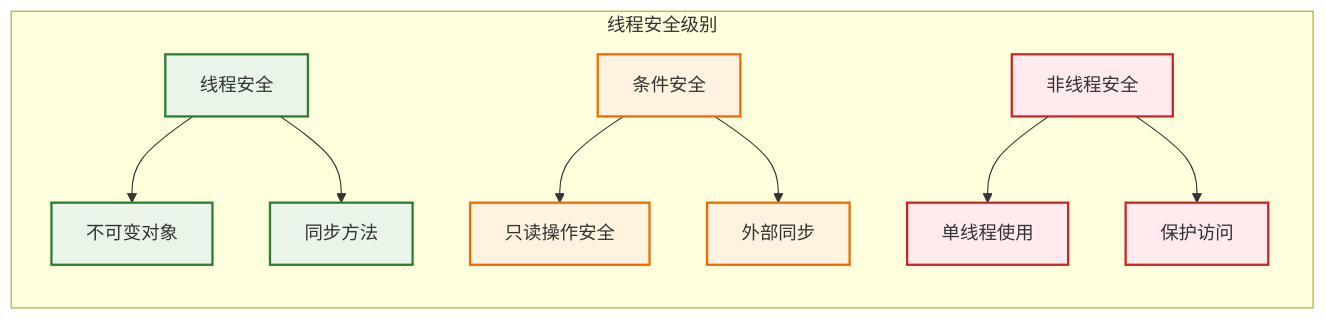
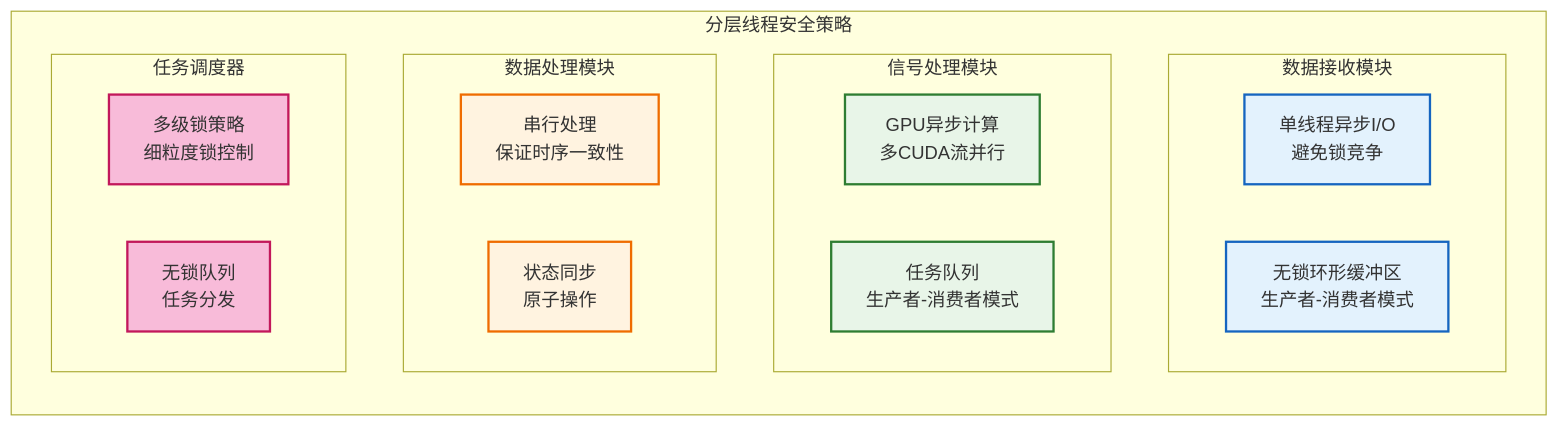
Before and after one commit to wendizhou99-cell/Radar: the sixth of 10 diagrams in docs/01_项目设计/01_项目设计/04_核心设计原则.md, drawn with Mermaid. The commit also changed other lines of this file and 12 other files, not shown here.

````diff
--- a/docs/01_项目设计/01_项目设计/04_核心设计原则.md
+++ b/docs/01_项目设计/01_项目设计/04_核心设计原则.md
@@ -470,25 +659,36 @@
 ```mermaid
-graph LR
-    subgraph "线程安全级别"
-        THREAD_SAFE[线程安全]
-        CONDITIONALLY_SAFE[条件安全]
-        NOT_SAFE[非线程安全]
+flowchart TB
+    subgraph "分层线程安全策略"
+        direction TB
 
-        THREAD_SAFE --> IMMUTABLE[不可变对象]
-        THREAD_SAFE --> SYNCHRONIZED[同步方法]
+        subgraph "数据接收模块"
+            SINGLE_THREAD[单线程异步I/O<br/>避免锁竞争]
+            LOCKFREE_BUFFER[无锁环形缓冲区<br/>生产者-消费者模式]
+        end
 
-        CONDITIONALLY_SAFE --> READ_ONLY[只读操作安全]
-        CONDITIONALLY_SAFE --> EXTERNAL_SYNC[外部同步]
+        subgraph "信号处理模块"
+            GPU_ASYNC[GPU异步计算<br/>多CUDA流并行]
+            TASK_QUEUE[任务队列<br/>生产者-消费者模式]
+        end
 
-        NOT_SAFE --> SINGLE_THREAD[单线程使用]
-        NOT_SAFE --> PROTECTED_ACCESS[保护访问]
+        subgraph "数据处理模块"
+            SEQUENTIAL[串行处理<br/>保证时序一致性]
+            STATE_SYNC[状态同步<br/>原子操作]
+        end
+
+        subgraph "任务调度器"
+            MULTI_LEVEL_LOCK[多级锁策略<br/>细粒度锁控制]
+            LOCKFREE_QUEUE[无锁队列<br/>任务分发]
+        end
     end
 
-    classDef safe fill:#e8f5e8,stroke:#2e7d32,stroke-width:2px
-    classDef conditional fill:#fff3e0,stroke:#ef6c00,stroke-width:2px
-    classDef unsafe fill:#ffebee,stroke:#c62828,stroke-width:2px
+    classDef receiver fill:#e3f2fd,stroke:#1565c0,stroke-width:2px
+    classDef signal fill:#e8f5e8,stroke:#2e7d32,stroke-width:2px
+    classDef data fill:#fff3e0,stroke:#ef6c00,stroke-width:2px
+    classDef scheduler fill:#f8bbd9,stroke:#c2185b,stroke-width:2px
 
-    class THREAD_SAFE,IMMUTABLE,SYNCHRONIZED safe
-    class CONDITIONALLY_SAFE,READ_ONLY,EXTERNAL_SYNC conditional
-    class NOT_SAFE,SINGLE_THREAD,PROTECTED_ACCESS unsafe
+    class SINGLE_THREAD,LOCKFREE_BUFFER receiver
+    class GPU_ASYNC,TASK_QUEUE signal
+    class SEQUENTIAL,STATE_SYNC data
+    class MULTI_LEVEL_LOCK,LOCKFREE_QUEUE scheduler
 ```
````
